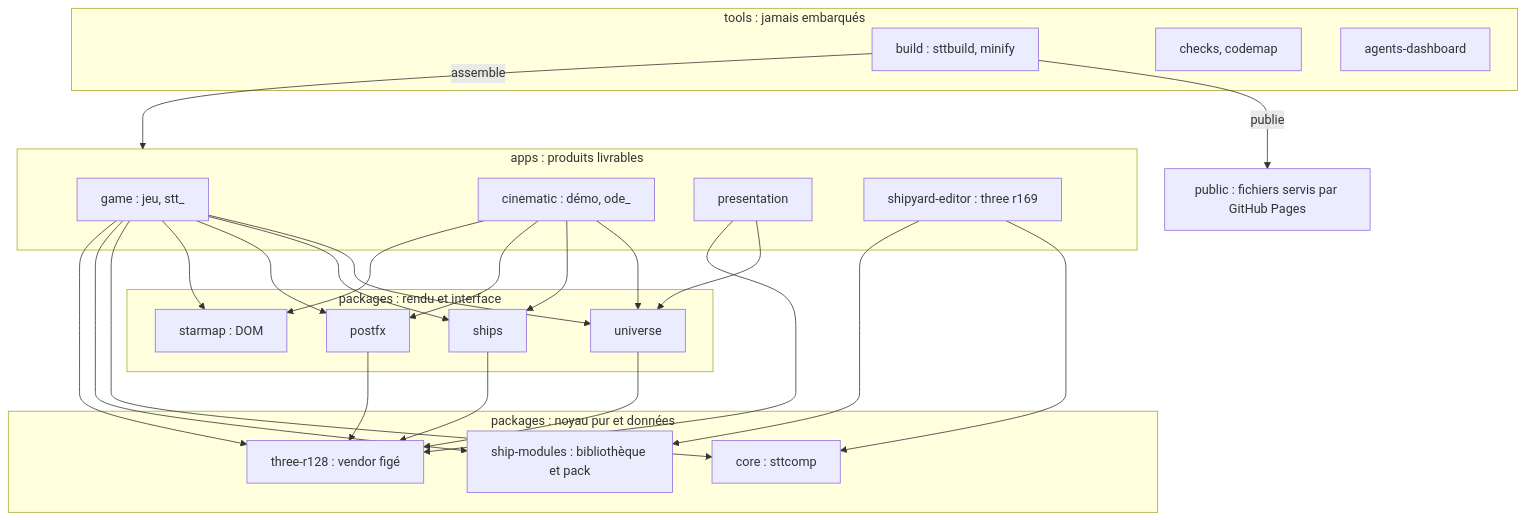
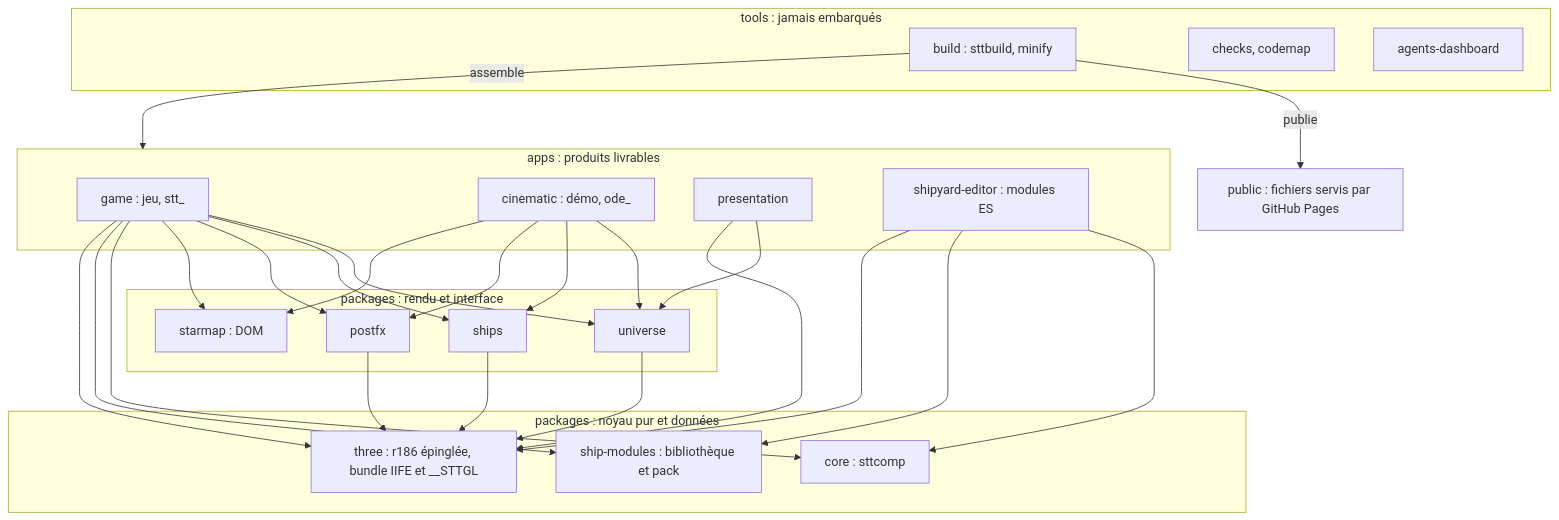
The first of 11 diagrams in demos/space-travel/docs/ADRs/ADR-001-refactoring.md (mcgivrer/csblog), drawn with Mermaid before and after one commit. The commit also changed other lines of this file and 2 other files, not shown here.

First line of the commit message:
ADR-001 : migration vers Three.js r186 (inventaire d'API, option A bundle IIFE, phase M6)

````diff
--- a/demos/space-travel/docs/ADRs/ADR-001-refactoring.md
+++ b/demos/space-travel/docs/ADRs/ADR-001-refactoring.md
@@ -134,33 +145,33 @@
 ```mermaid
 flowchart TB
   subgraph APPS["apps : produits livrables"]
     GAME["game : jeu, stt_"]
     CINE["cinematic : démo, ode_"]
     PRES["presentation"]
-    EDIT["shipyard-editor : three r169"]
+    EDIT["shipyard-editor : modules ES"]
   end
   subgraph REND["packages : rendu et interface"]
     UNI["universe"]
     SHIPS["ships"]
     FX["postfx"]
     MAP["starmap : DOM"]
   end
   subgraph CORE["packages : noyau pur et données"]
     STC["core : sttcomp"]
     LIB["ship-modules : bibliothèque et pack"]
-    THR["three-r128 : vendor figé"]
+    THR["three : r186 épinglée, bundle IIFE et __STTGL"]
   end
   subgraph TOOLS["tools : jamais embarqués"]
     BLD["build : sttbuild, minify"]
     CHK["checks, codemap"]
     DASH["agents-dashboard"]
   end
   PUB["public : fichiers servis par GitHub Pages"]
   GAME --> UNI & SHIPS & FX & MAP & STC & LIB & THR
   CINE --> UNI & SHIPS & FX & MAP
   PRES --> UNI & THR
-  EDIT --> STC & LIB
+  EDIT --> STC & LIB & THR
   UNI & SHIPS & FX --> THR
   BLD -->|"assemble"| APPS
   BLD -->|"publie"| PUB
 ```
````
